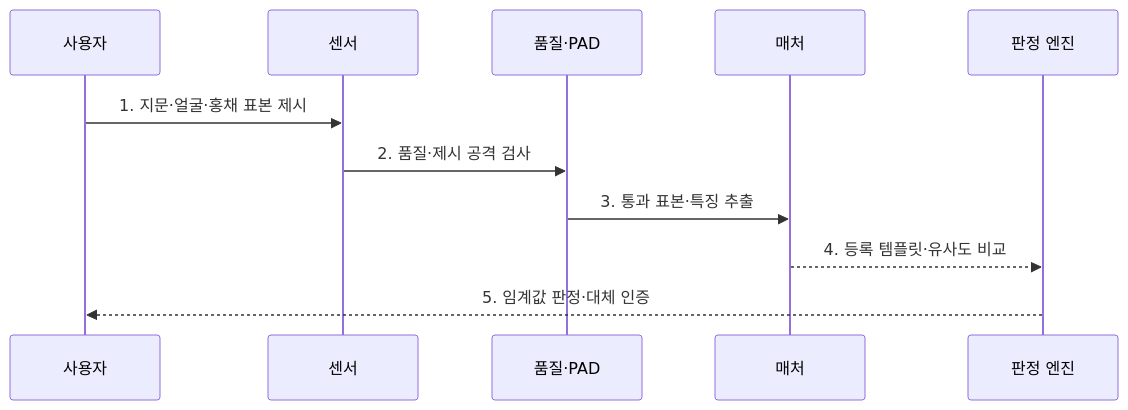
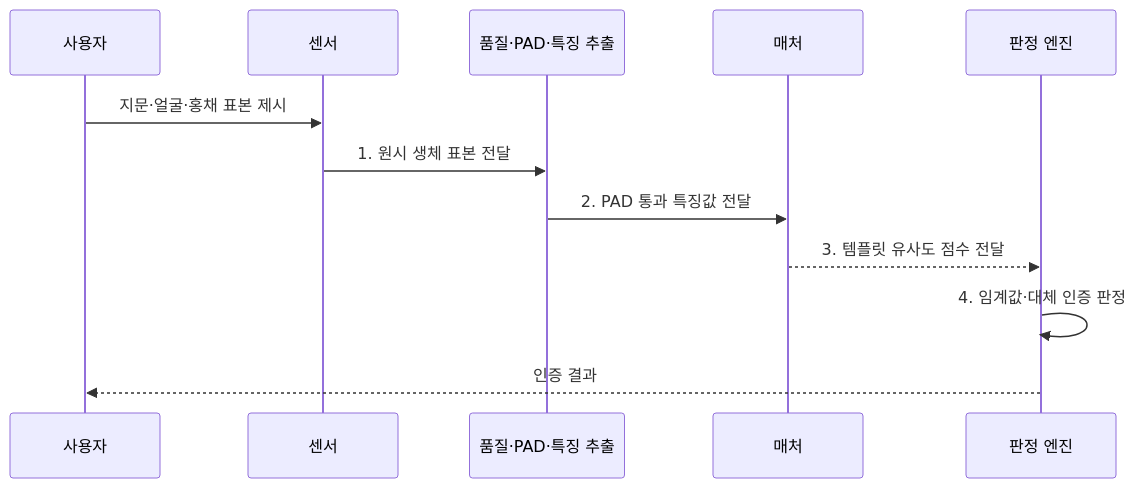
Before and after one commit to agnusdei1207/knowledge-base: the second of 2 diagrams in src/content/docs/notes/05-security/070_biometric.md, drawn with Mermaid. The commit also changed other lines of this file and 20 other files, not shown here.

````diff
--- a/src/content/docs/notes/05-security/070_biometric.md
+++ b/src/content/docs/notes/05-security/070_biometric.md
@@ -90,13 +93,14 @@
 ```mermaid
 sequenceDiagram
     participant U as 사용자
     participant S as 센서
-    participant P as 품질·PAD
+    participant P as 품질·PAD·특징 추출
     participant M as 매처
     participant A as 판정 엔진
-    U->>S: 1. 지문·얼굴·홍채 표본 제시
-    S->>P: 2. 품질·제시 공격 검사
-    P->>M: 3. 통과 표본·특징 추출
-    M-->>A: 4. 등록 템플릿·유사도 비교
-    A-->>U: 5. 임계값 판정·대체 인증
+    U->>S: 지문·얼굴·홍채 표본 제시
+    S->>P: 1. 원시 생체 표본 전달
+    P->>M: 2. PAD 통과 특징값 전달
+    M-->>A: 3. 템플릿 유사도 점수 전달
+    A->>A: 4. 임계값·대체 인증 판정
+    A-->>U: 인증 결과
 ```
````
